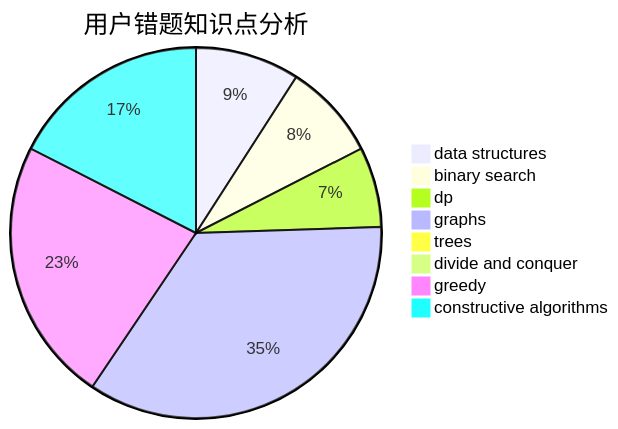
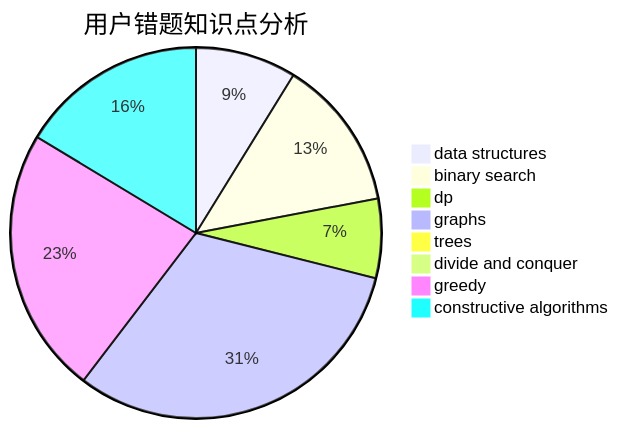
One commit to sherpahu/cfrs.github.io changed the third of 3 diagrams in docs/user/u1112.md. Above: the diagram before and after it, drawn with Mermaid. The commit also changed other lines of this file and 2770 other files, not shown here.

````diff
--- a/docs/user/u1112.md
+++ b/docs/user/u1112.md
@@ -36,11 +36,11 @@
 ```mermaid
 pie title 用户错题知识点分析
-    "data structures" :  13
-    "binary search" :  12
-    "dp" :  10
+    "data structures" :  14
+    "binary search" :  21
+    "dp" :  11
     "graphs" :  50
     "trees" :  1
     "divide and conquer" :  0
-    "greedy" :  33
-    "constructive algorithms" :  25
+    "greedy" :  37
+    "constructive algorithms" :  26
 ```
````
